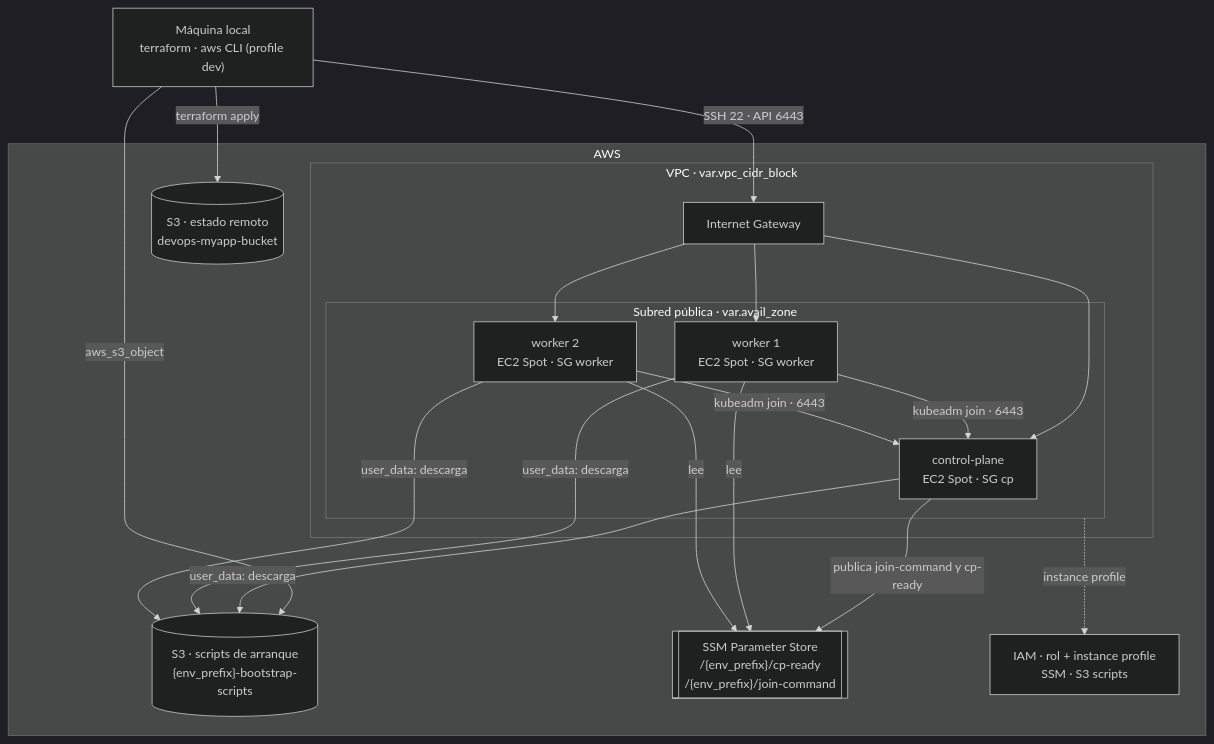
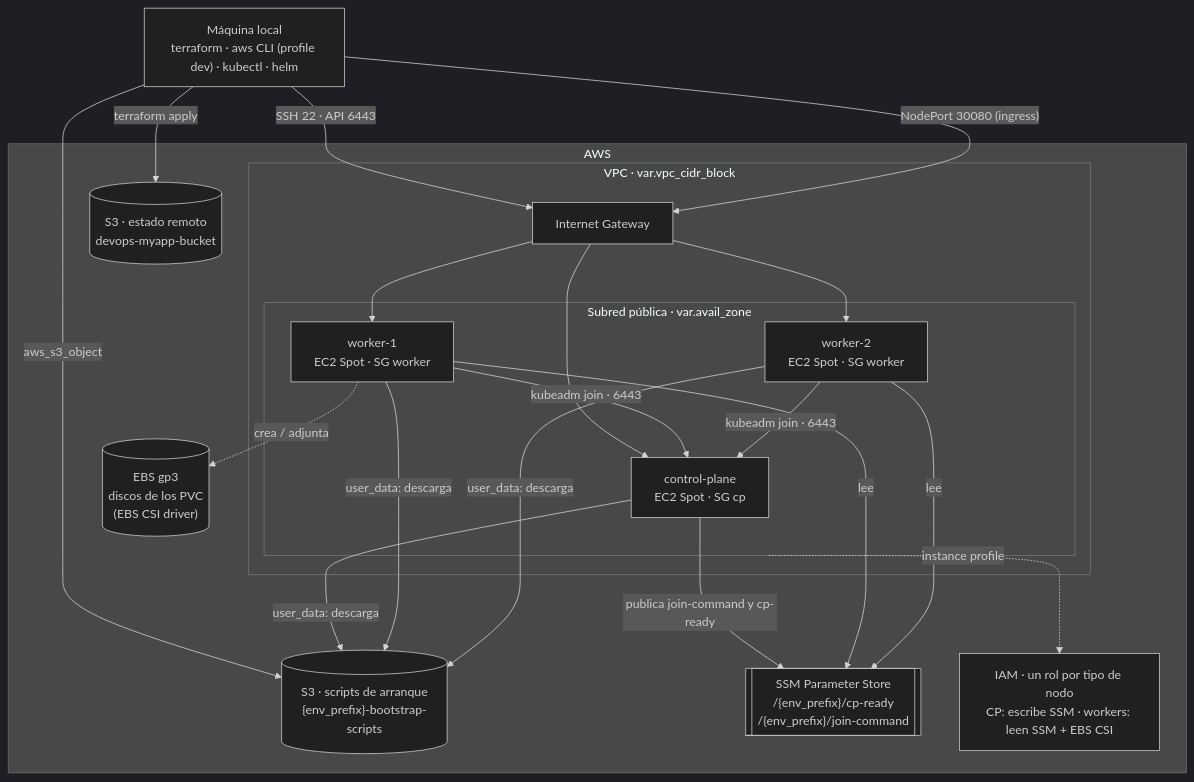
The first of 4 diagrams in README.md (enaide/terraform-k8s-cluster), drawn with Mermaid (dark theme) before and after one commit. The commit also changed other lines of this file, not shown here.

````diff
--- a/README.md
+++ b/README.md
@@ -84,36 +89,39 @@
 ```mermaid
 flowchart TB
-    DEV["Máquina local<br/>terraform · aws CLI (profile dev)"]
+    DEV["Máquina local<br/>terraform · aws CLI (profile dev) · kubectl · helm"]
 
     subgraph AWS["AWS"]
         STATE[("S3 · estado remoto<br/>devops-myapp-bucket")]
         SCRIPTS[("S3 · scripts de arranque<br/>{env_prefix}-bootstrap-scripts")]
         SSM[["SSM Parameter Store<br/>/{env_prefix}/cp-ready<br/>/{env_prefix}/join-command"]]
-        IAM["IAM · rol + instance profile<br/>SSM · S3 scripts"]
+        IAM["IAM · un rol por tipo de nodo<br/>CP: escribe SSM · workers: leen SSM + EBS CSI"]
+        EBS[("EBS gp3<br/>discos de los PVC<br/>(EBS CSI driver)")]
 
         subgraph VPC["VPC · var.vpc_cidr_block"]
             IGW["Internet Gateway"]
             subgraph SUB["Subred pública · var.avail_zone"]
                 CP["control-plane<br/>EC2 Spot · SG cp"]
-                W1["worker 1<br/>EC2 Spot · SG worker"]
-                W2["worker 2<br/>EC2 Spot · SG worker"]
+                W1["worker-1<br/>EC2 Spot · SG worker"]
+                W2["worker-2<br/>EC2 Spot · SG worker"]
             end
         end
     end
 
     DEV -->|"terraform apply"| STATE
     DEV -->|"aws_s3_object"| SCRIPTS
     DEV -->|"SSH 22 · API 6443"| IGW
+    DEV -->|"NodePort 30080 (ingress)"| IGW
     IGW --> CP
     IGW --> W1
     IGW --> W2
     CP -->|"user_data: descarga"| SCRIPTS
     W1 -->|"user_data: descarga"| SCRIPTS
     W2 -->|"user_data: descarga"| SCRIPTS
     CP -->|"publica join-command y cp-ready"| SSM
     W1 -->|"lee"| SSM
     W2 -->|"lee"| SSM
     W1 -->|"kubeadm join · 6443"| CP
     W2 -->|"kubeadm join · 6443"| CP
+    W1 -. "crea / adjunta" .-> EBS
     SUB -.->|"instance profile"| IAM
 ```
````
